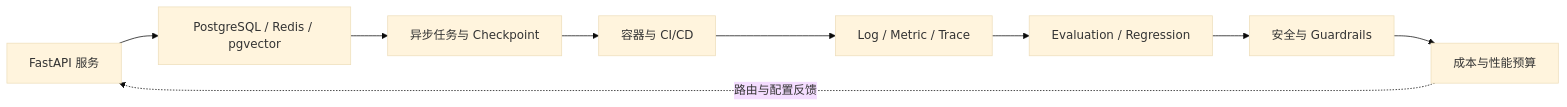
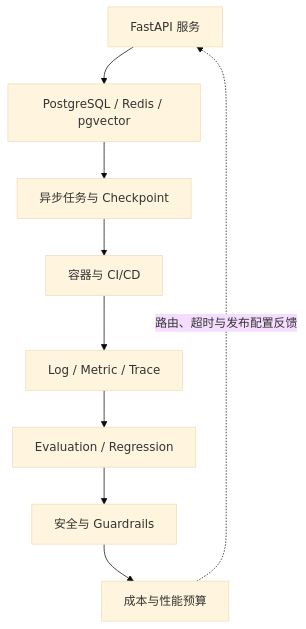
Before and after one commit to wujinjun/ai-agent-book: the diagram in docs/part-05-engineering/index.md, drawn with Mermaid (base theme). The commit also changed other lines of this file and 536 other files, not shown here.

````diff
--- a/docs/part-05-engineering/index.md
+++ b/docs/part-05-engineering/index.md
@@ -5,14 +5,14 @@
 ```mermaid
 %% id: agent-production-engineering-loop
 %% title: Agent 生产工程闭环
 %% alt: Agent 服务依赖数据和任务基础设施，运行信号进入观测与评估，再反馈安全成本和发布策略
-flowchart LR
+flowchart TB
     Service["FastAPI 服务"] --> Data["PostgreSQL / Redis / pgvector"]
     Data --> Jobs["异步任务与 Checkpoint"]
     Jobs --> Deploy["容器与 CI/CD"]
     Deploy --> Observe["Log / Metric / Trace"]
     Observe --> Eval["Evaluation / Regression"]
     Eval --> Guard["安全与 Guardrails"]
     Guard --> Budget["成本与性能预算"]
-    Budget -.路由与配置反馈.-> Service
+    Budget -.路由、超时与发布配置反馈.-> Service
 ```
````
